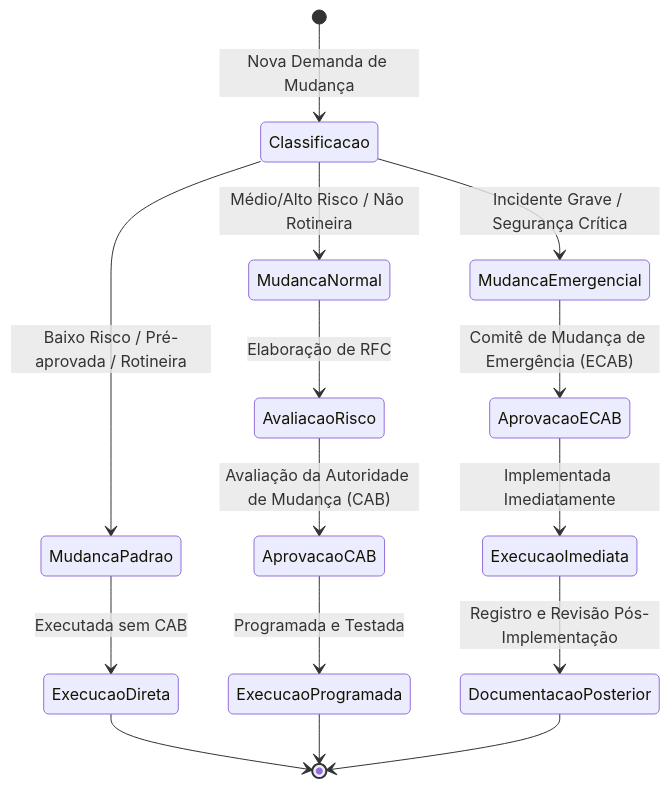
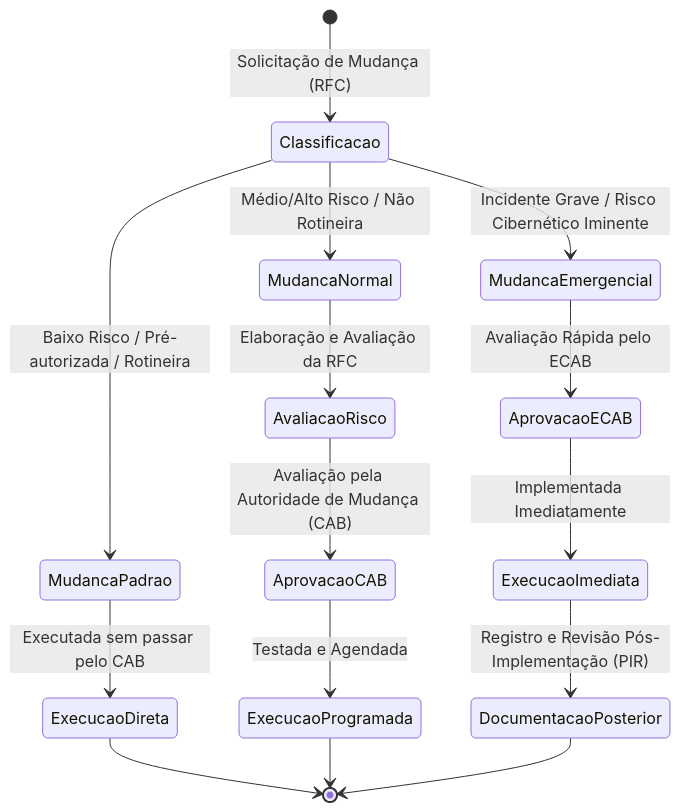
Before and after one commit to thiagosantos346/TCE-GO-2027: the sixth of 6 diagrams in fontes_de_estudo/conhecimentos_especificos_b02_ti/12_governanca_de_ti/02_gestao_de_servicos_de_ti_itil_v4.md, drawn with Mermaid. The commit also changed other lines of this file and 119 other files, not shown here.

````diff
--- a/fontes_de_estudo/conhecimentos_especificos_b02_ti/12_governanca_de_ti/02_gestao_de_servicos_de_ti_itil_v4.md
+++ b/fontes_de_estudo/conhecimentos_especificos_b02_ti/12_governanca_de_ti/02_gestao_de_servicos_de_ti_itil_v4.md
@@ -260,20 +257,20 @@
 ```mermaid
 stateDiagram-v2
-    [*] --> Classificacao: Nova Demanda de Mudança
+    [*] --> Classificacao: Solicitação de Mudança (RFC)
     
-    Classificacao --> MudancaPadrao: Baixo Risco / Pré-aprovada / Rotineira
-    MudancaPadrao --> ExecucaoDireta: Executada sem CAB
+    Classificacao --> MudancaPadrao: Baixo Risco / Pré-autorizada / Rotineira
+    MudancaPadrao --> ExecucaoDireta: Executada sem passar pelo CAB
     ExecucaoDireta --> [*]
     
     Classificacao --> MudancaNormal: Médio/Alto Risco / Não Rotineira
-    MudancaNormal --> AvaliacaoRisco: Elaboração de RFC
-    AvaliacaoRisco --> AprovacaoCAB: Avaliação da Autoridade de Mudança (CAB)
-    AprovacaoCAB --> ExecucaoProgramada: Programada e Testada
+    MudancaNormal --> AvaliacaoRisco: Elaboração e Avaliação da RFC
+    AvaliacaoRisco --> AprovacaoCAB: Avaliação pela Autoridade de Mudança (CAB)
+    AprovacaoCAB --> ExecucaoProgramada: Testada e Agendada
     ExecucaoProgramada --> [*]
     
-    Classificacao --> MudancaEmergencial: Incidente Grave / Segurança Crítica
-    MudancaEmergencial --> AprovacaoECAB: Comitê de Mudança de Emergência (ECAB)
+    Classificacao --> MudancaEmergencial: Incidente Grave / Risco Cibernético Iminente
+    MudancaEmergencial --> AprovacaoECAB: Avaliação Rápida pelo ECAB
     AprovacaoECAB --> ExecucaoImediata: Implementada Imediatamente
-    ExecucaoImediata --> DocumentacaoPosterior: Registro e Revisão Pós-Implementação
+    ExecucaoImediata --> DocumentacaoPosterior: Registro e Revisão Pós-Implementação (PIR)
     DocumentacaoPosterior --> [*]
 ```
````
